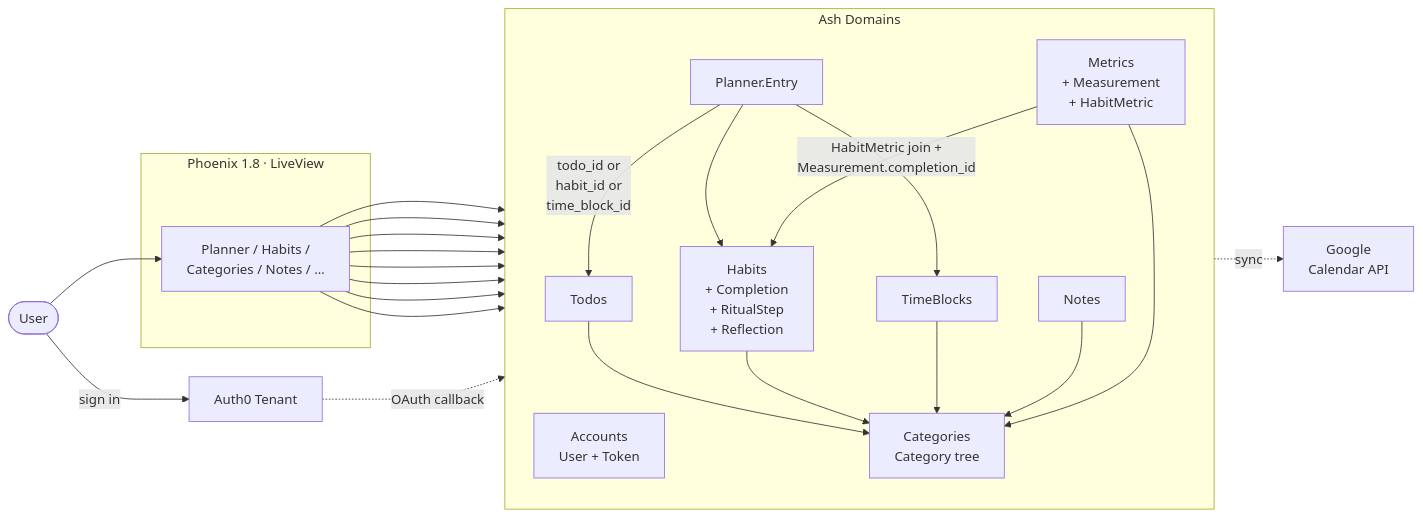
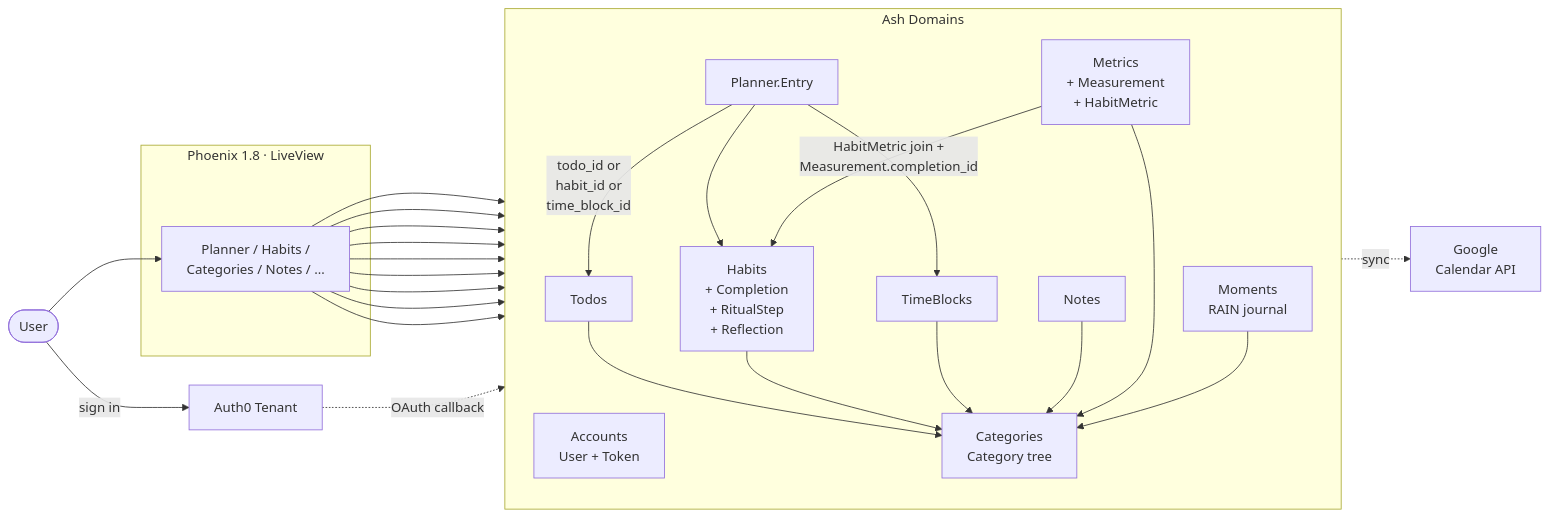
One commit to benkolera/electric-brain changed the diagram in README.md. Above: the diagram before and after it, drawn with Mermaid. The commit also changed other lines of this file and 4 other files, not shown here.

````diff
--- a/README.md
+++ b/README.md
@@ -60,48 +66,51 @@
 ```mermaid
 flowchart LR
     user([User])
 
     user -->|"sign in"| auth0[Auth0 Tenant]
     user --> liveview
 
     subgraph phx["Phoenix 1.8 · LiveView"]
         liveview["Planner / Habits /<br/>Categories / Notes / …"]
     end
 
     subgraph ash["Ash Domains"]
         direction TB
         accounts[Accounts<br/>User + Token]
         categories[Categories<br/>Category tree]
         todos[Todos]
         habits[Habits<br/>+ Completion<br/>+ RitualStep<br/>+ Reflection]
         timeblocks[TimeBlocks]
         planner[Planner.Entry]
         notes[Notes]
         metrics[Metrics<br/>+ Measurement<br/>+ HabitMetric]
+        moments[Moments<br/>RAIN journal]
     end
 
     liveview --> accounts
     liveview --> categories
     liveview --> todos
     liveview --> habits
     liveview --> timeblocks
     liveview --> planner
     liveview --> notes
     liveview --> metrics
+    liveview --> moments
 
     todos --> categories
     habits --> categories
     timeblocks --> categories
     notes --> categories
     metrics --> categories
+    moments --> categories
 
     planner -->|"todo_id or<br/>habit_id or<br/>time_block_id"| todos
     planner --> habits
     planner --> timeblocks
 
     metrics -->|"HabitMetric join +<br/>Measurement.completion_id"| habits
 
     planner -.->|"sync"| gcal[Google<br/>Calendar API]
 
     auth0 -.->|"OAuth callback"| accounts
 ```
````
